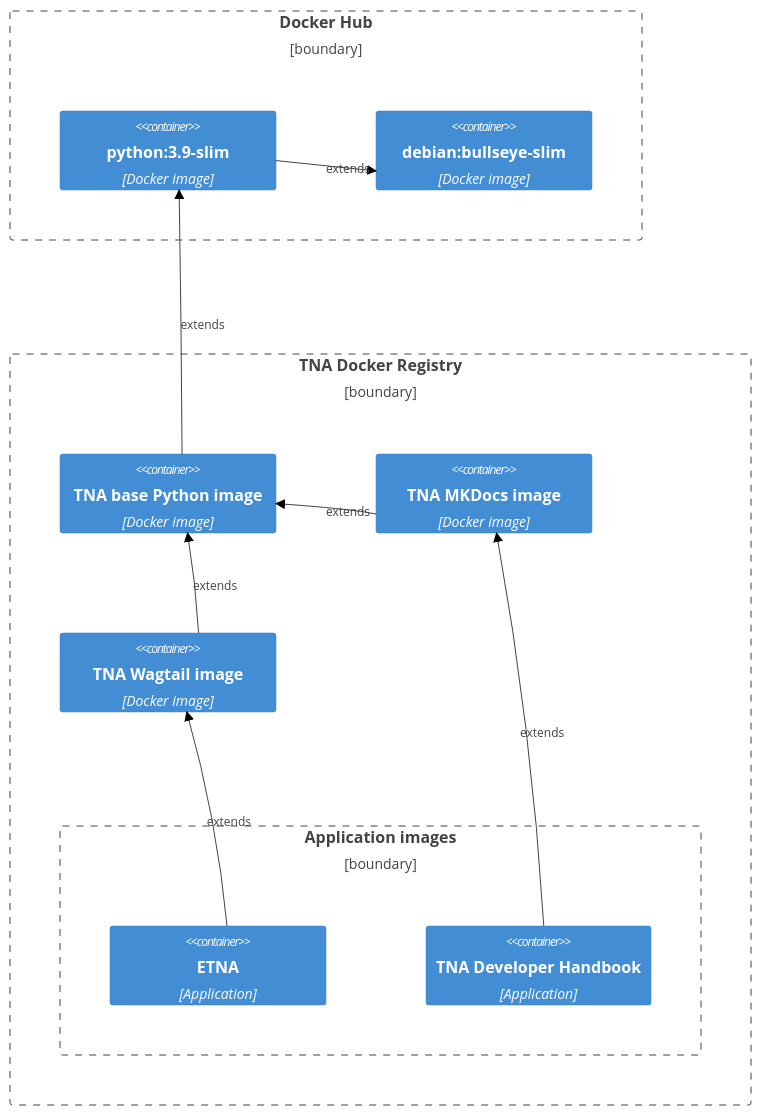
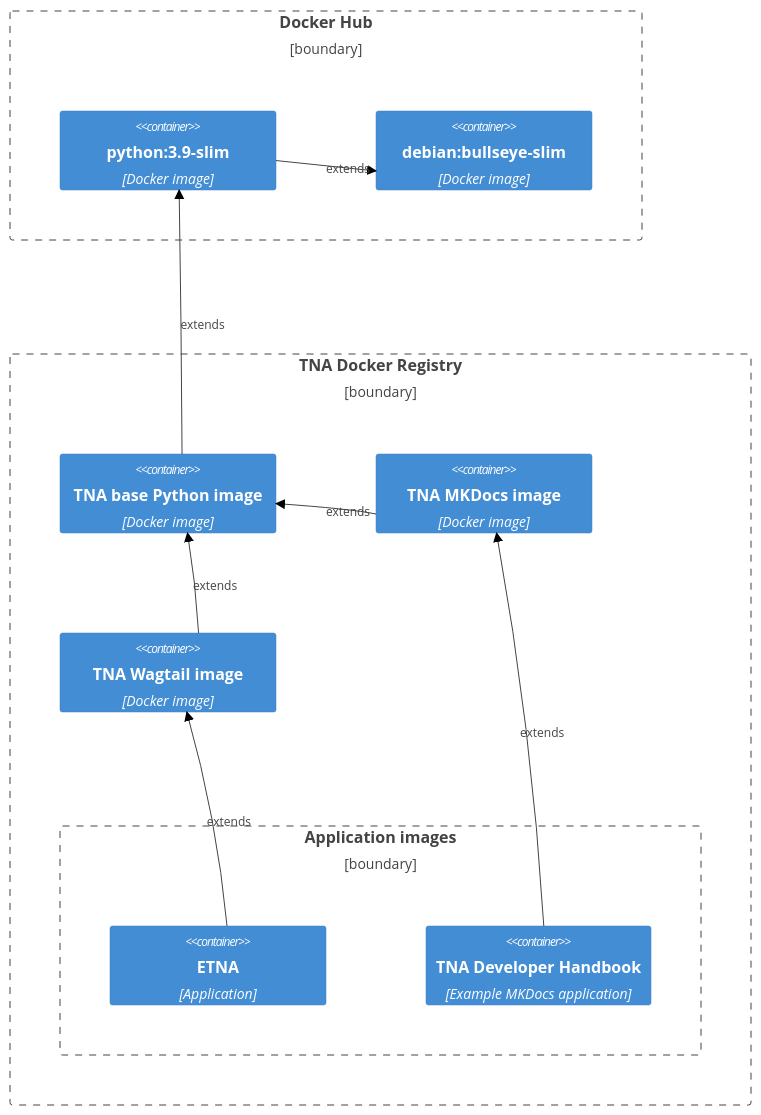
The second of 2 diagrams in README.md (nationalarchives/docker-structure-plan), drawn with Mermaid (neutral theme) before and after one commit. The commit also changed other lines of this file, not shown here.

````diff
--- a/README.md
+++ b/README.md
@@ -42,27 +42,27 @@
 ```mermaid
 C4Context
     Boundary(docker_hub, "Docker Hub", "boundary") {
         Container(base_python, "python:3.9-slim", "Docker image")
         Container(base_debian, "debian:bullseye-slim", "Docker image")
     }
 
     Boundary(tna_registry, "TNA Docker Registry", "boundary") {
         Container(tna_python, "TNA base Python image", "Docker image")
         Container(tna_mkdocs, "TNA MKDocs image", "Docker image")
         Container(tna_wagtail, "TNA Wagtail image", "Docker image")
 
         Boundary(tna_application_registry, "Application images", "boundary") {
             Container(etna, "ETNA", "Application")
-            Container(developer_handbook, "TNA Developer Handbook", "Application")
+            Container(developer_handbook, "TNA Developer Handbook", "Example MKDocs application")
         }
     }
 
     Rel(base_python, base_debian, "extends")
     Rel(tna_python, base_python, "extends")
     Rel(tna_wagtail, tna_python, "extends")
     Rel(tna_mkdocs, tna_python, "extends")
     Rel(etna, tna_wagtail, "extends")
     Rel(developer_handbook, tna_mkdocs, "extends")
 
     UpdateLayoutConfig($c4ShapeInRow="4", $c4BoundaryInRow="1")
 ```
````
